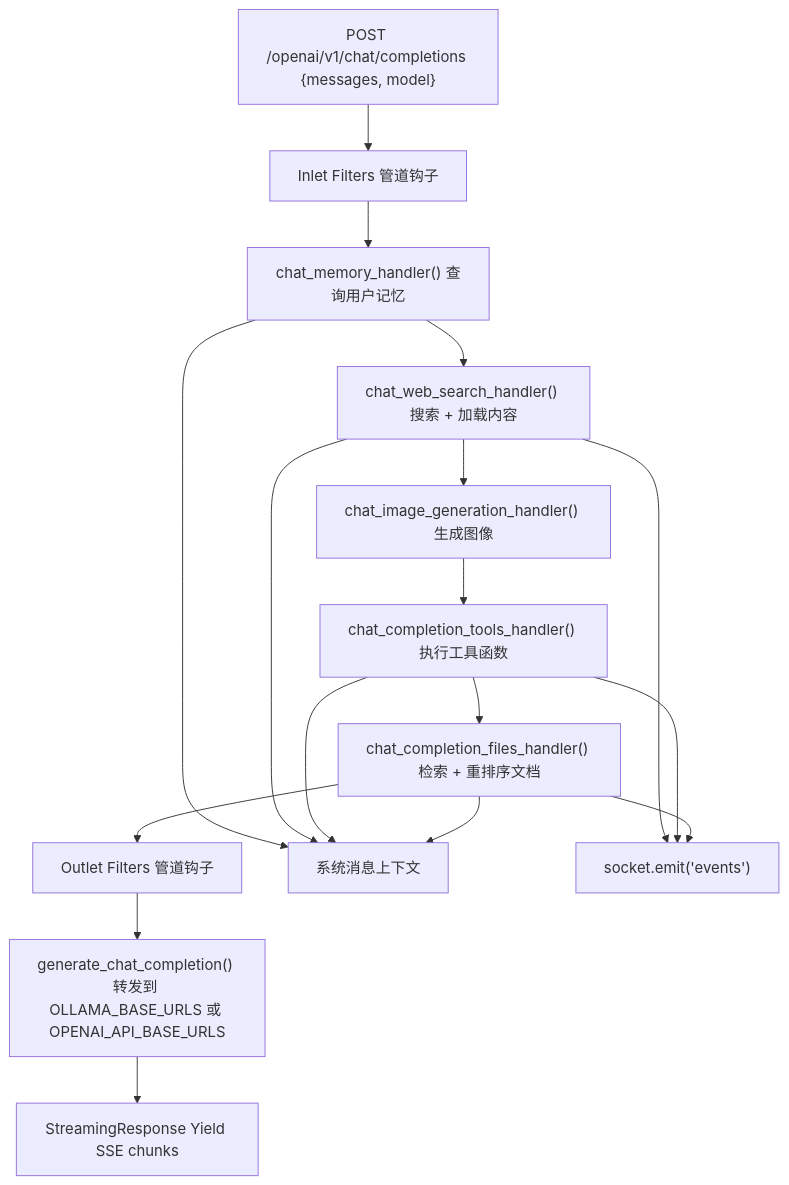
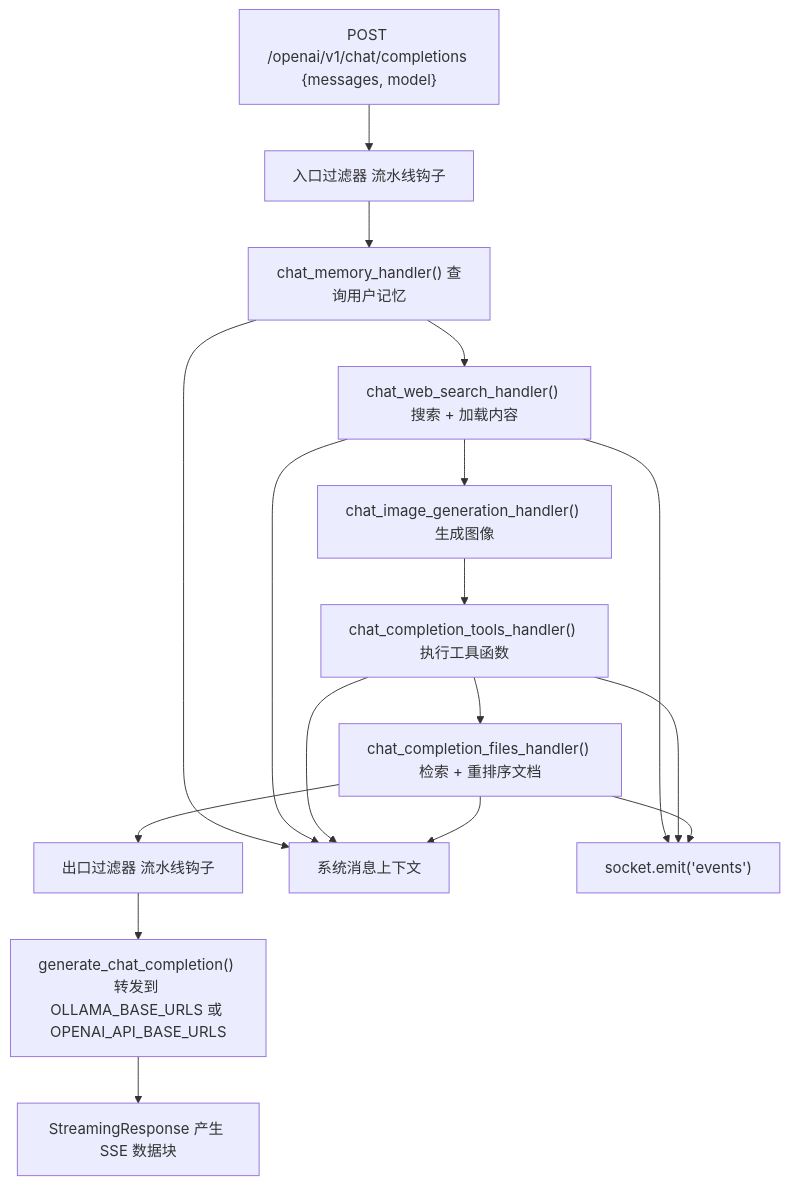
Before and after one commit to Chesszyh/Wiki: the third of 9 diagrams in tests/open-webui_deepwiki/zh/2-architecture-overview.md, drawn with Mermaid. The commit also changed other lines of this file and 234 other files, not shown here.

````diff
--- a/tests/open-webui_deepwiki/zh/2-architecture-overview.md
+++ b/tests/open-webui_deepwiki/zh/2-architecture-overview.md
@@ -271,32 +212,32 @@
 ```mermaid
 flowchart TD
     Request["POST /openai/v1/chat/completions {messages, model}"]
-    Filter1["Inlet Filters 管道钩子"]
+    Filter1["入口过滤器 流水线钩子"]
     Memory["chat_memory_handler() 查询用户记忆"]
     WebSearch["chat_web_search_handler() 搜索 + 加载内容"]
     ImageGen["chat_image_generation_handler() 生成图像"]
     Tools["chat_completion_tools_handler() 执行工具函数"]
     RAG["chat_completion_files_handler() 检索 + 重排序文档"]
-    Filter2["Outlet Filters 管道钩子"]
+    Filter2["出口过滤器 流水线钩子"]
     Generate["generate_chat_completion() 转发到 OLLAMA_BASE_URLS 或 OPENAI_API_BASE_URLS"]
-    Stream["StreamingResponse Yield SSE chunks"]
+    Stream["StreamingResponse 产生 SSE 数据块"]
     SystemMessage["系统消息上下文"]
     SocketIO["socket.emit('events')"]
 
     Request --> Filter1
     Filter1 --> Memory
     Memory --> WebSearch
     WebSearch --> ImageGen
     ImageGen --> Tools
     Tools --> RAG
     RAG --> Filter2
     Filter2 --> Generate
     Generate --> Stream
     Memory --> SystemMessage
     WebSearch --> SystemMessage
     Tools --> SystemMessage
     RAG --> SystemMessage
     WebSearch --> SocketIO
     Tools --> SocketIO
     RAG --> SocketIO
 ```
````
